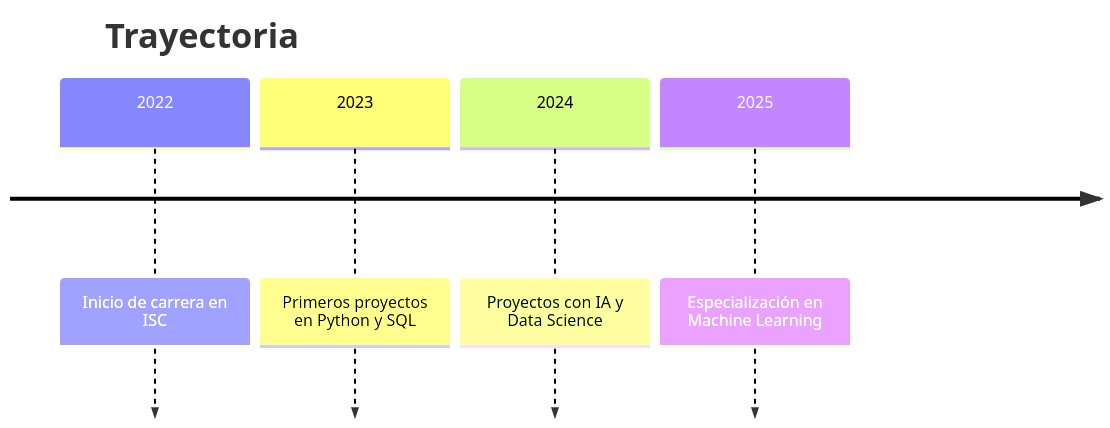
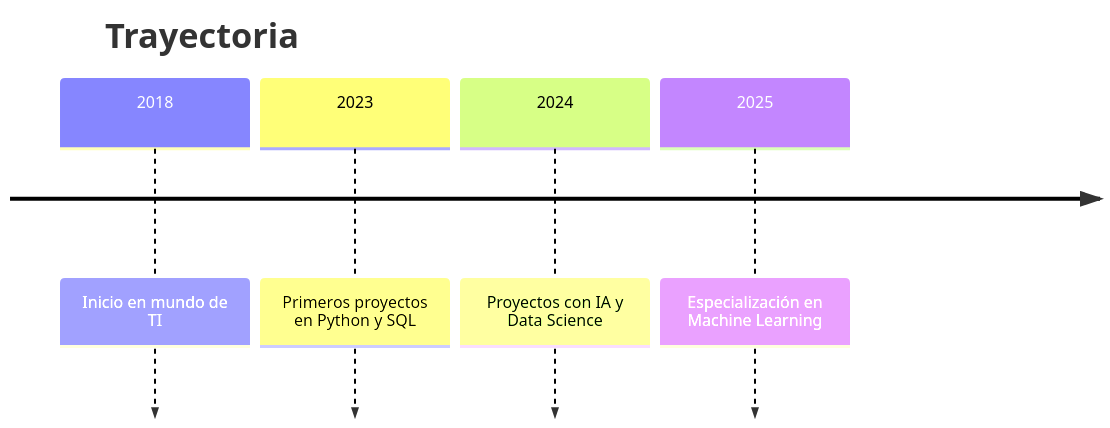
Before and after one commit to JIR2406/JIR2406: the diagram in README.MD, drawn with Mermaid. The commit also changed other lines of this file, not shown here.

Commit message:
Update README.MD
Actualización de habilidades 13/08/2025

````diff
--- a/README.MD
+++ b/README.MD
@@ -70,8 +70,8 @@
 ```mermaid
 timeline
     title Trayectoria
-    2022 : Inicio de carrera en ISC
+    2018 : Inicio en mundo de TI
     2023 : Primeros proyectos en Python y SQL
     2024 : Proyectos con IA y Data Science
     2025 : Especialización en Machine Learning
 ```
````
